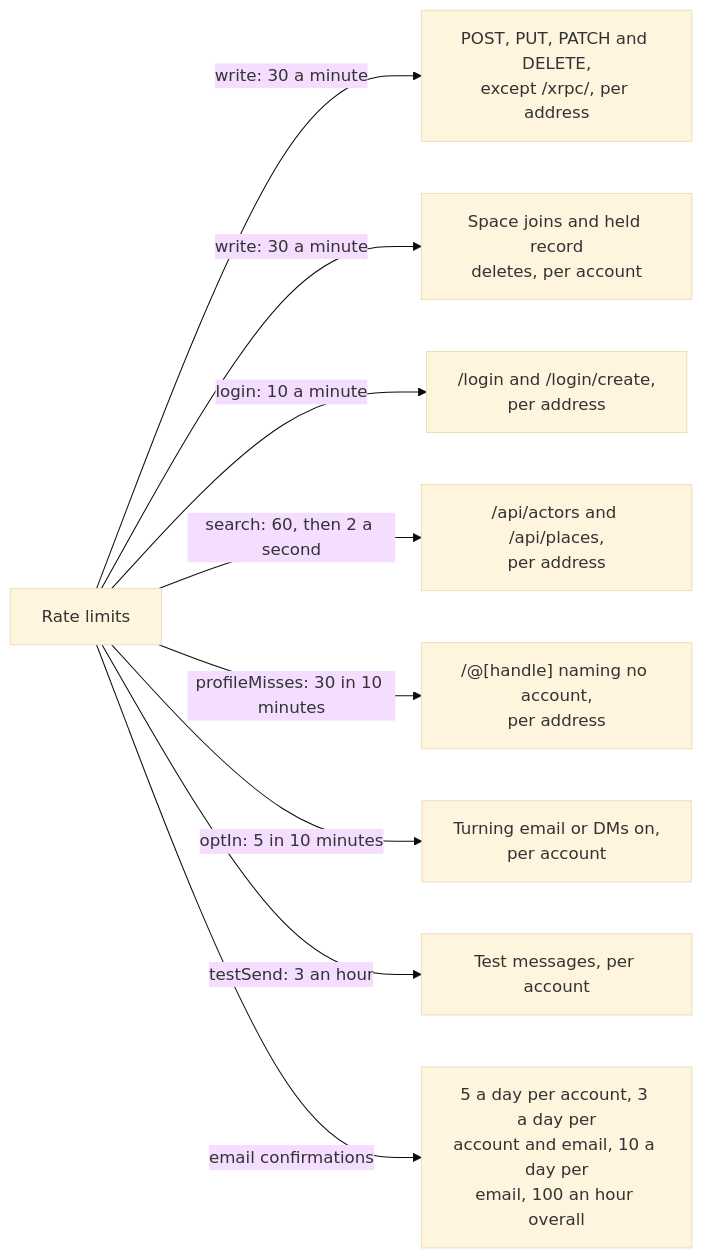
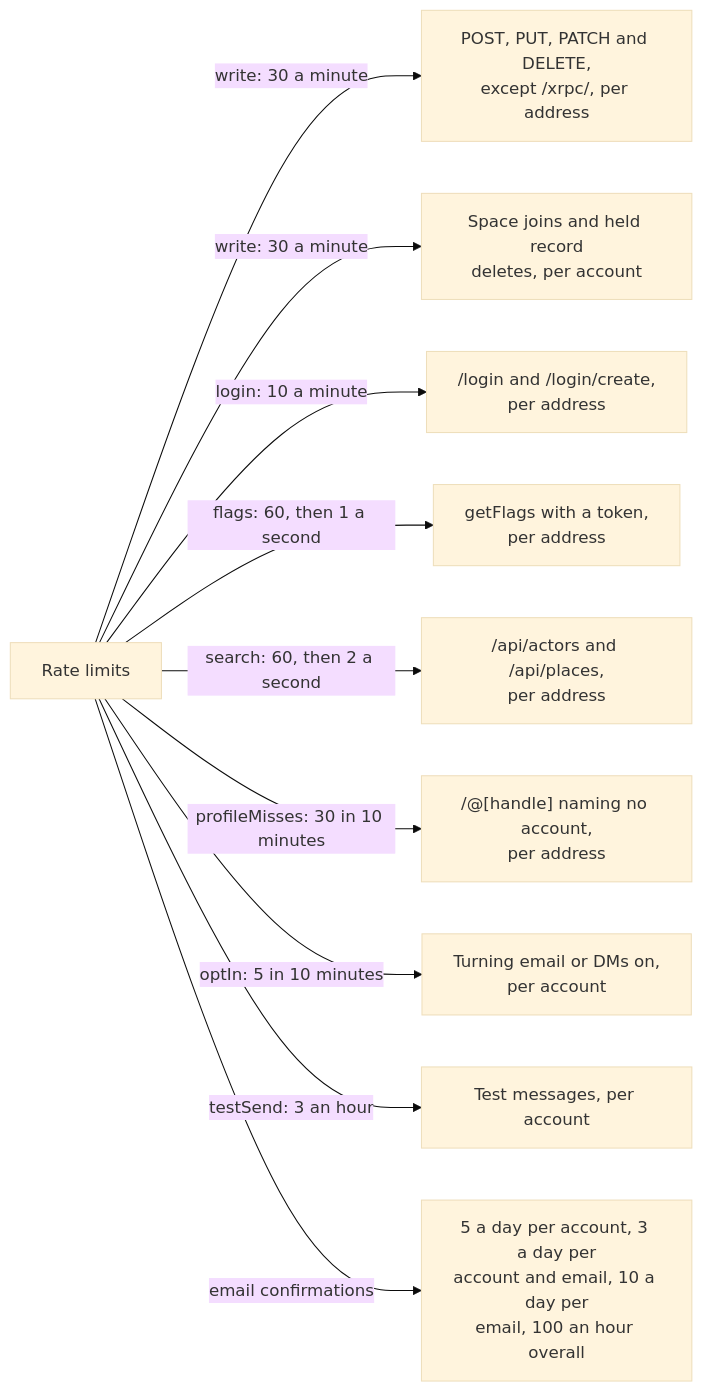
The fifth of 11 diagrams in apps/web/docs/diagrams/requests-and-routes.md (cutenode/localnetwork), drawn with Mermaid (base theme) before and after one commit. The commit also changed other lines of this file and 8 other files, not shown here.

First line of the commit message:
docs(web): bring the diagrams in line with the code

````diff
--- a/apps/web/docs/diagrams/requests-and-routes.md
+++ b/apps/web/docs/diagrams/requests-and-routes.md
@@ -110,12 +112,13 @@
 ```mermaid
 flowchart LR
   Limits["Rate limits"]
   Limits -- "write: 30 a minute" --> W1["POST, PUT, PATCH and DELETE,<br/>except /xrpc/, per address"]
   Limits -- "write: 30 a minute" --> W2["Space joins and held record<br/>deletes, per account"]
   Limits -- "login: 10 a minute" --> L1["/login and /login/create,<br/>per address"]
+  Limits -- "flags: 60, then 1 a second" --> F1["getFlags with a token,<br/>per address"]
   Limits -- "search: 60, then 2 a second" --> S1["/api/actors and /api/places,<br/>per address"]
   Limits -- "profileMisses: 30 in 10 minutes" --> M1["/@[handle] naming no account,<br/>per address"]
   Limits -- "optIn: 5 in 10 minutes" --> O1["Turning email or DMs on,<br/>per account"]
   Limits -- "testSend: 3 an hour" --> T1["Test messages, per account"]
   Limits -- "email confirmations" --> C1["5 a day per account, 3 a day per<br/>account and email, 10 a day per<br/>email, 100 an hour overall"]
 ```
````
